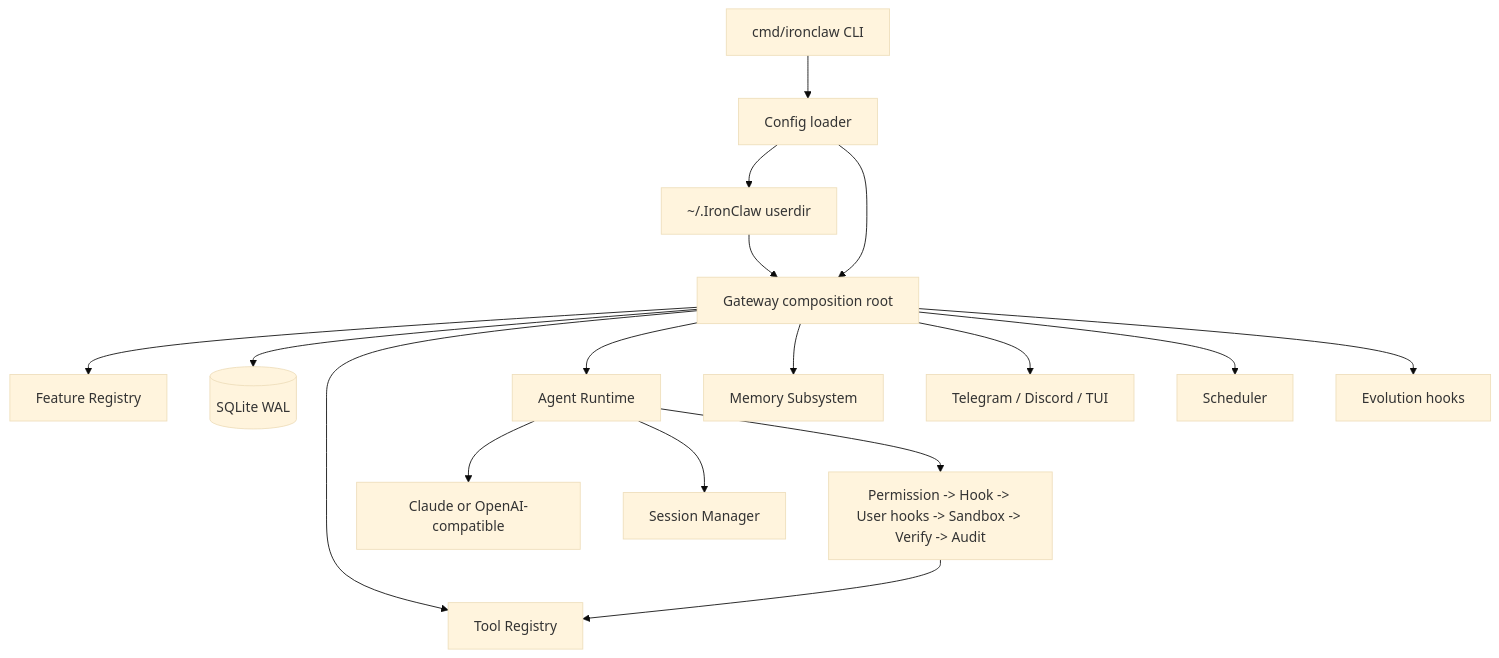
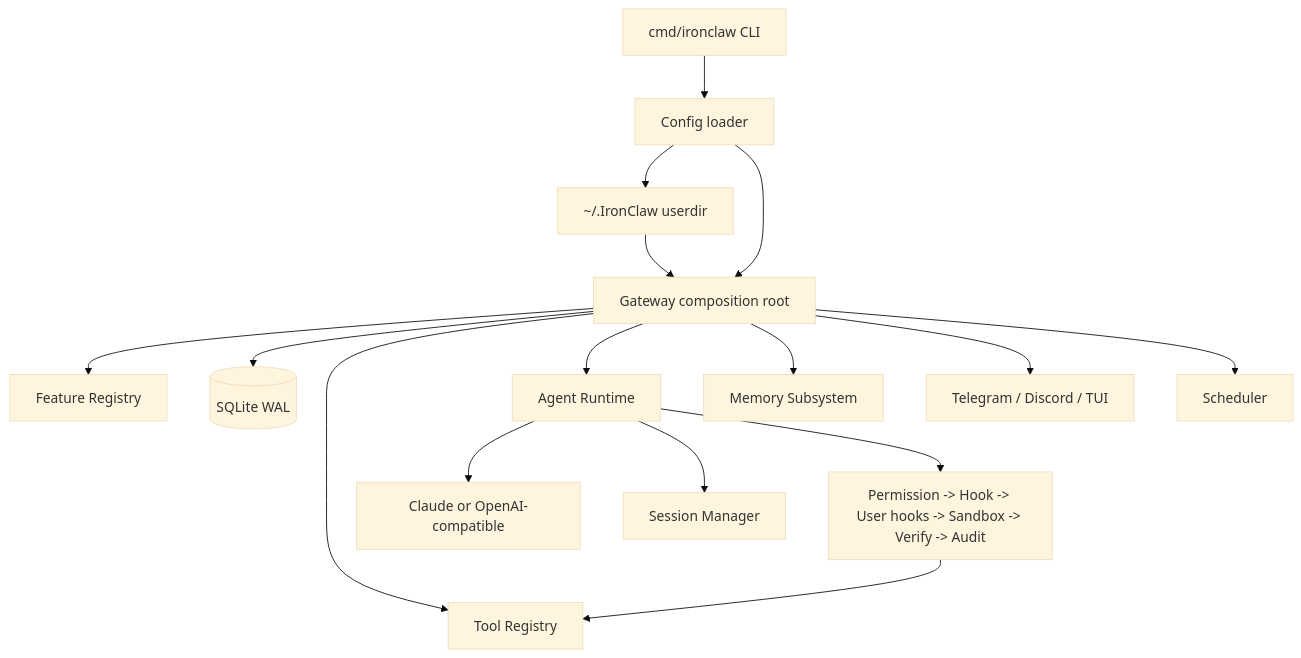
The diagram in README_zh.md (Forest-Isle/daimon), drawn with Mermaid (base theme) before and after one commit. The commit also changed other lines of this file and 102 other files, not shown here.

````diff
--- a/README_zh.md
+++ b/README_zh.md
@@ -17,21 +16,20 @@
 ```mermaid
 flowchart TB
     CLI[cmd/ironclaw CLI] --> Config[Config loader]
     Config --> UserDir[~/.IronClaw userdir]
     Config --> Gateway[Gateway composition root]
     UserDir --> Gateway
 
     Gateway --> Feature[Feature Registry]
     Gateway --> Store[(SQLite WAL)]
     Gateway --> Tools[Tool Registry]
     Gateway --> Agent[Agent Runtime]
     Gateway --> Memory[Memory Subsystem]
     Gateway --> Channels[Telegram / Discord / TUI]
     Gateway --> Scheduler[Scheduler]
-    Gateway --> Evolution[Evolution hooks]
 
     Agent --> Provider[Claude or OpenAI-compatible]
     Agent --> Sessions[Session Manager]
     Agent --> ToolChain[Permission -> Hook -> User hooks -> Sandbox -> Verify -> Audit]
     ToolChain --> Tools
 ```
````
